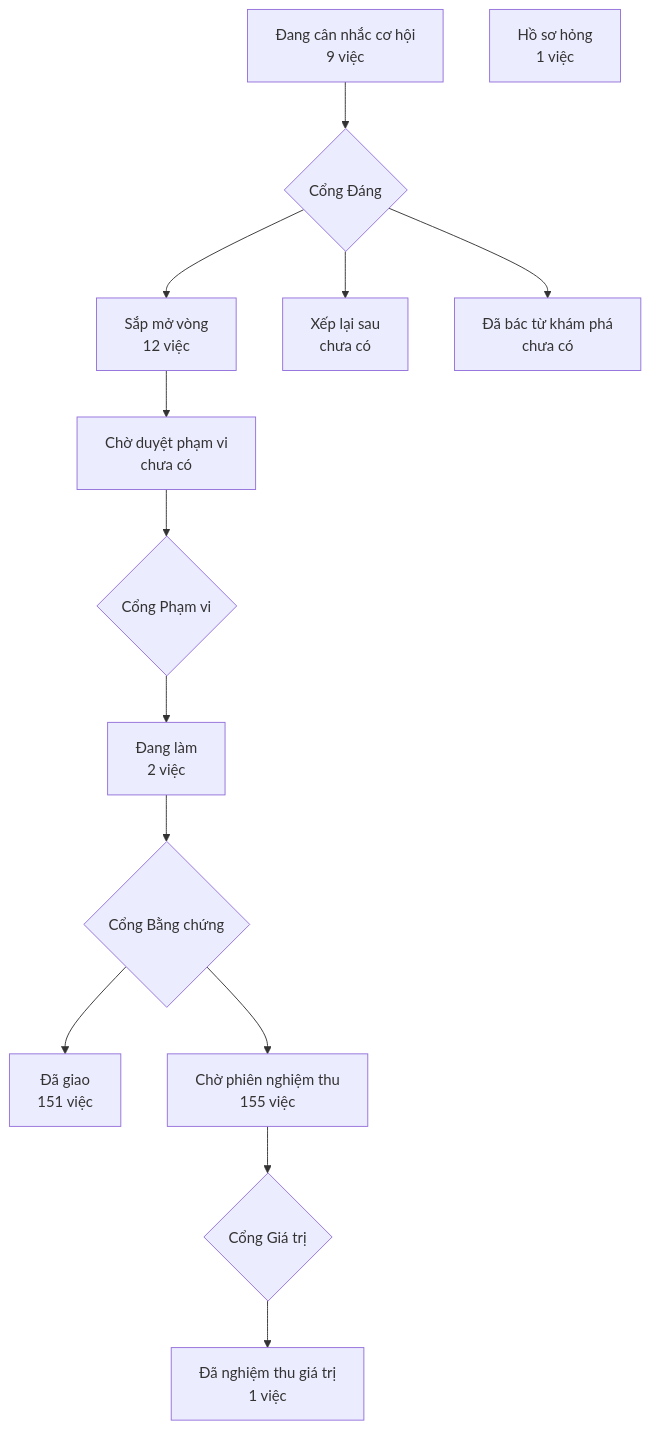
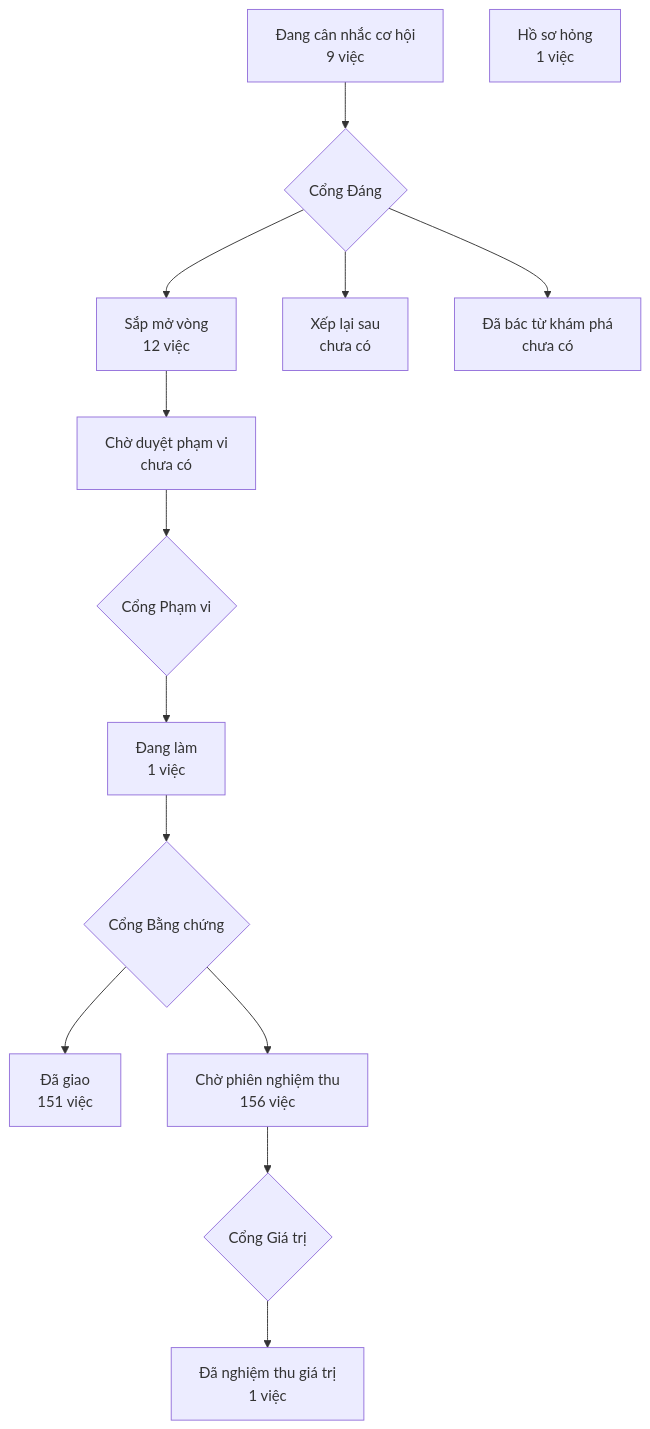
One commit to phanlemanh/crm-onehub changed the diagram in PRODUCT-MAP.md. Above: the diagram before and after it, drawn with Mermaid. The commit also changed 4 other files, not shown here.

````diff
--- a/PRODUCT-MAP.md
+++ b/PRODUCT-MAP.md
@@ -7,13 +7,13 @@
 ```mermaid
 flowchart TD
   A["Đang cân nhắc cơ hội<br/>9 việc"] --> GD{"Cổng Đáng"}
   GD --> B["Sắp mở vòng<br/>12 việc"]
   GD --> XL["Xếp lại sau<br/>chưa có"]
   GD --> DB["Đã bác từ khám phá<br/>chưa có"]
   B --> CD["Chờ duyệt phạm vi<br/>chưa có"] --> GP{"Cổng Phạm vi"}
-  GP --> DL["Đang làm<br/>2 việc"] --> GB{"Cổng Bằng chứng"}
+  GP --> DL["Đang làm<br/>1 việc"] --> GB{"Cổng Bằng chứng"}
   GB --> DG["Đã giao<br/>151 việc"]
-  GB --> CN["Chờ phiên nghiệm thu<br/>155 việc"] --> GG{"Cổng Giá trị"}
+  GB --> CN["Chờ phiên nghiệm thu<br/>156 việc"] --> GG{"Cổng Giá trị"}
   GG --> NT["Đã nghiệm thu giá trị<br/>1 việc"]
   HS["Hồ sơ hỏng<br/>1 việc"]
 ```
````
